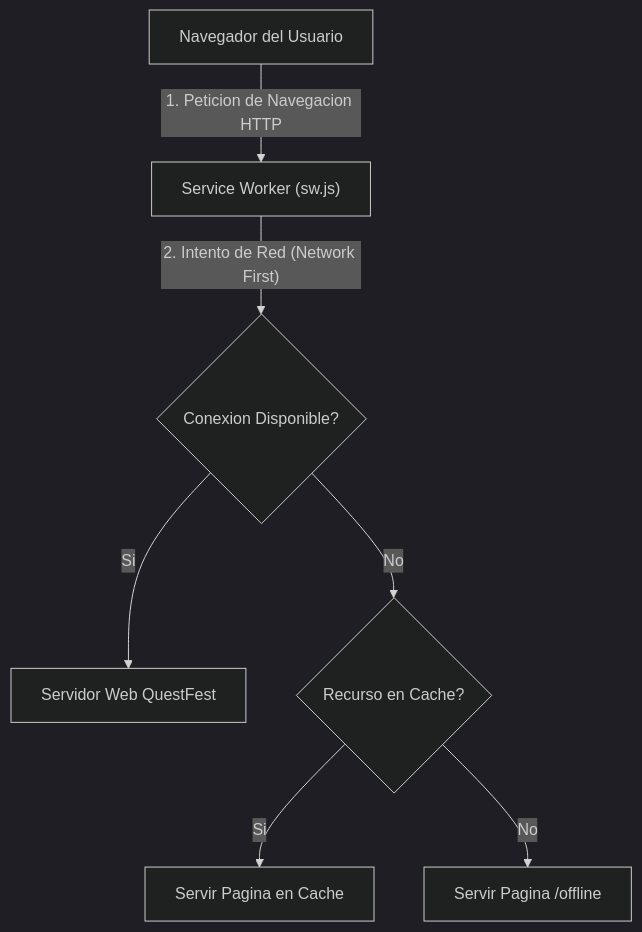
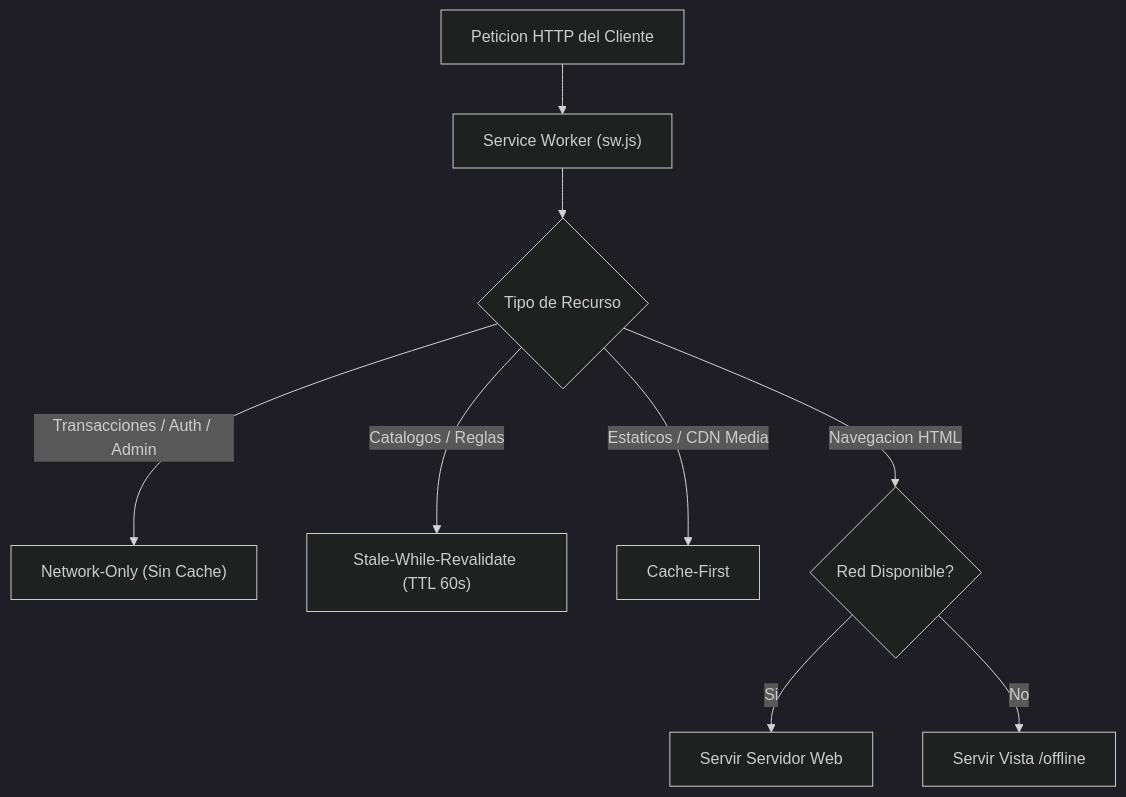
Before and after one commit to ivii-devs/questfest: the diagram in obsidian_vault/03 - La Interfaz (Frontend)/03.5 - Arquitectura PWA Service Worker y Modo Offline.md, drawn with Mermaid (dark theme). The commit also changed other lines of this file and 2 other files, not shown here.

Commit message:
docs(vault): actualizar notas sobre zustand service worker y capa de servicios

````diff
--- a/obsidian_vault/03 - La Interfaz (Frontend)/03.5 - Arquitectura PWA Service Worker y Modo Offline.md
+++ b/obsidian_vault/03 - La Interfaz (Frontend)/03.5 - Arquitectura PWA Service Worker y Modo Offline.md
@@ -62,9 +72,11 @@
 ```mermaid
 graph TD
-    A["Navegador del Usuario"] -->|"1. Peticion de Navegacion HTTP"| B["Service Worker (sw.js)"]
-    B -->|"2. Intento de Red (Network First)"| C{"Conexion Disponible?"}
-    C -->|"Si"| D["Servidor Web QuestFest"]
-    C -->|"No"| E{"Recurso en Cache?"}
-    E -->|"Si"| F["Servir Pagina en Cache"]
-    E -->|"No"| G["Servir Pagina /offline"]
+    A["Peticion HTTP del Cliente"] --> B["Service Worker (sw.js)"]
+    B --> C{"Tipo de Recurso"}
+    C -->|"Transacciones / Auth / Admin"| D["Network-Only (Sin Cache)"]
+    C -->|"Catalogos / Reglas"| E["Stale-While-Revalidate (TTL 60s)"]
+    C -->|"Estaticos / CDN Media"| F["Cache-First"]
+    C -->|"Navegacion HTML"| G{"Red Disponible?"}
+    G -->|"Si"| H["Servir Servidor Web"]
+    G -->|"No"| I["Servir Vista /offline"]
 ```
````
